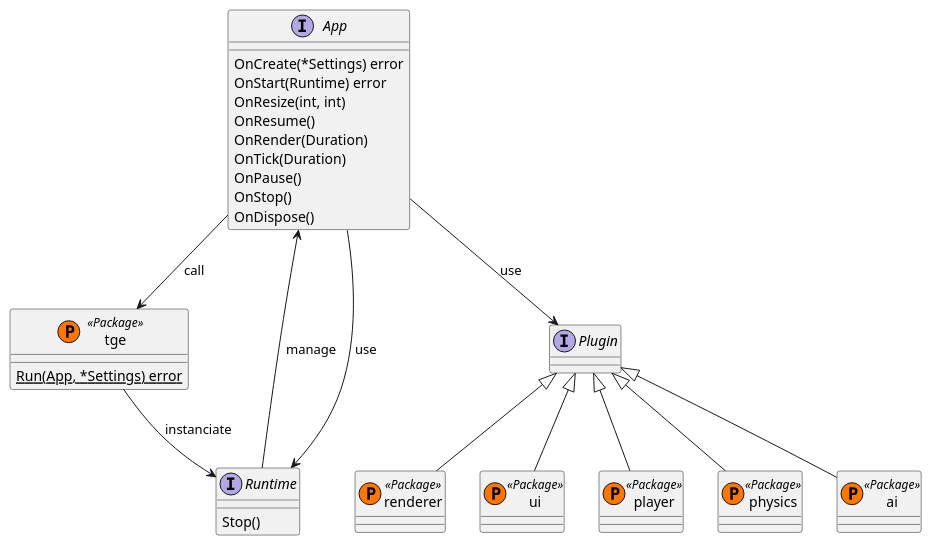
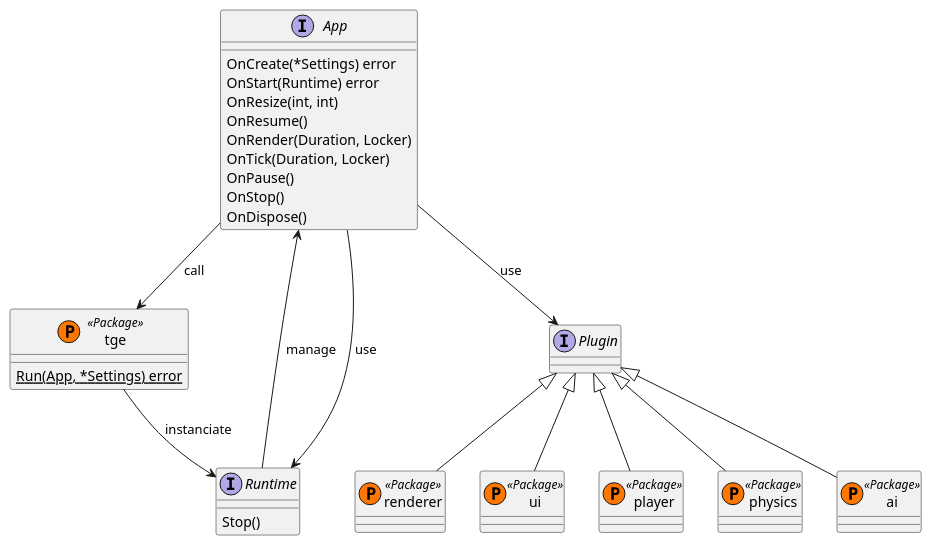
Before and after one commit to Thommil/tge: the diagram in specs/api.puml, drawn with PlantUML. The commit also changed 4 other files, not shown here.

```diff
--- a/specs/api.puml
+++ b/specs/api.puml
@@ -2,51 +2,51 @@
 @startuml API
 ' Components
 interface App {
     OnCreate(*Settings) error
     OnStart(Runtime) error
     OnResize(int, int)
     OnResume()
-    OnRender(Duration)
-    OnTick(Duration)
+    OnRender(Duration, Locker)
+    OnTick(Duration, Locker)
     OnPause()
     OnStop()
     OnDispose()
 }
 
 class tge << (P,#FF7700) Package >> {
     {static} Run(App, *Settings) error
 }
 
 interface Runtime {
     Stop()
 }
 
 interface Plugin{
 }
 
 class renderer << (P,#FF7700) Package >> {
 }
 class ui << (P,#FF7700) Package >> {
 }
 class player << (P,#FF7700) Package >> {
 }
 class physics << (P,#FF7700) Package >> {
 }
 class ai << (P,#FF7700) Package >> {
 }
 
 ' Relations
 App --> tge : call
 tge --> Runtime : instanciate
 App <-- Runtime : manage
 App --> Runtime : use
 App --> Plugin : use
 
 Plugin <|-- renderer
 Plugin <|-- player
 Plugin <|-- ui
 Plugin <|-- physics
 Plugin <|-- ai
 
 
 @enduml
```
